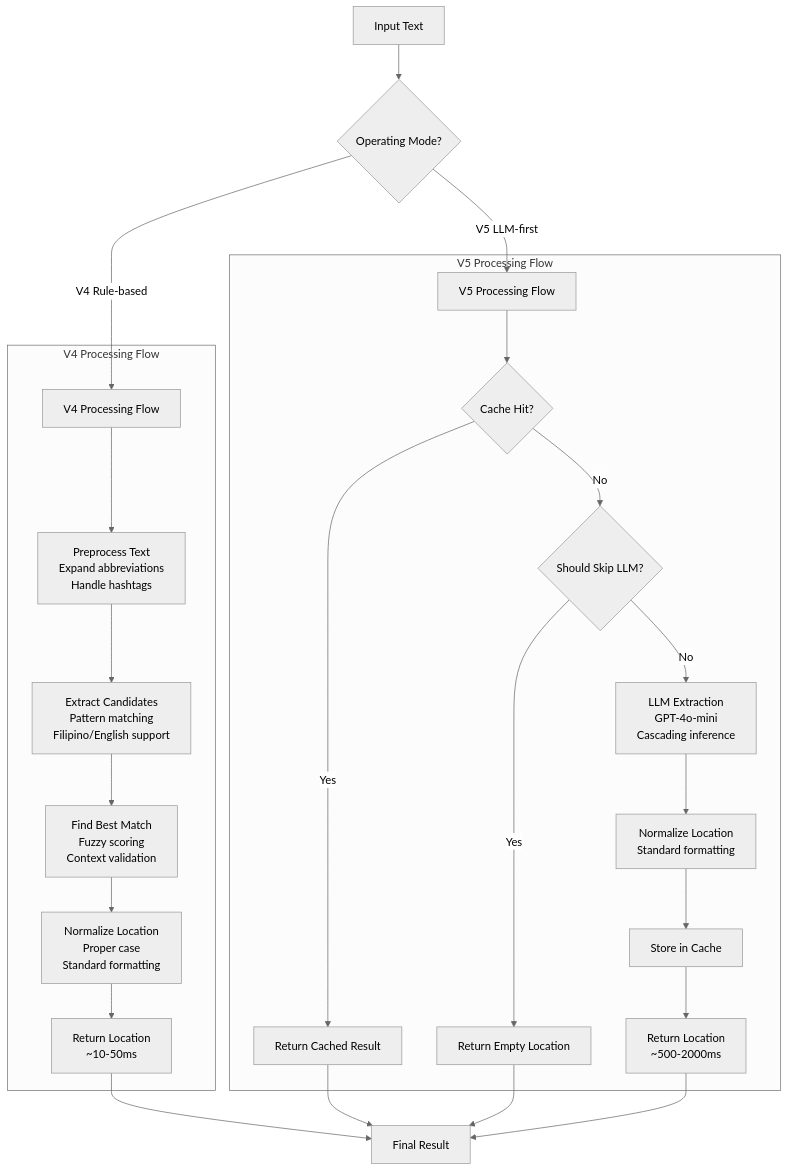
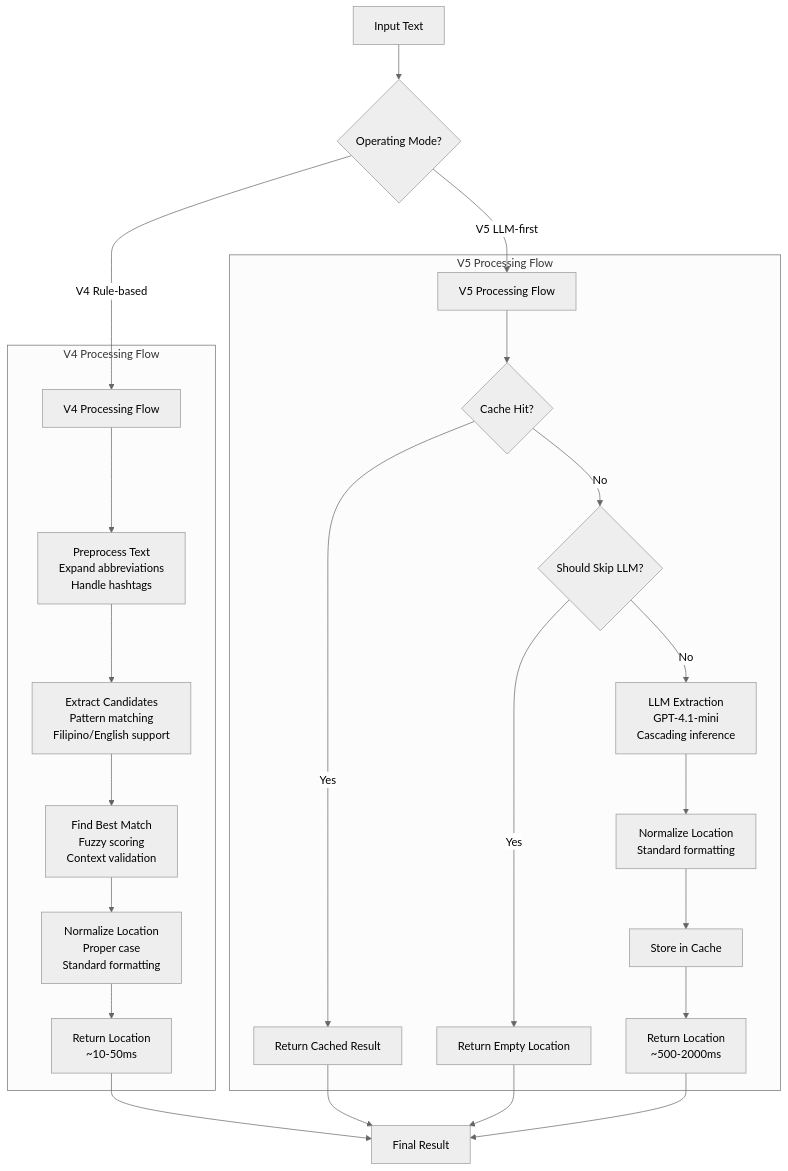
One commit to ericxyz86/philippine-location-parser changed the second of 9 diagrams in ARCHITECTURAL_DIAGRAMS.md. Above: the diagram before and after it, drawn with Mermaid (neutral theme). The commit also changed other lines of this file and 17 other files, not shown here.

First line of the commit message:
feat: upgrade to gpt-4.1-mini + fix proxy timeout for all paths

````diff
--- a/ARCHITECTURAL_DIAGRAMS.md
+++ b/ARCHITECTURAL_DIAGRAMS.md
@@ -72,31 +72,31 @@
 ```mermaid
 flowchart TD
     START[Input Text] --> MODE_CHECK{Operating Mode?}
     
     MODE_CHECK -->|V4 Rule-based| V4_FLOW[V4 Processing Flow]
     MODE_CHECK -->|V5 LLM-first| V5_FLOW[V5 Processing Flow]
     
     subgraph "V4 Processing Flow"
         V4_FLOW --> V4_PREPROCESS[Preprocess Text<br/>Expand abbreviations<br/>Handle hashtags]
         V4_PREPROCESS --> V4_EXTRACT[Extract Candidates<br/>Pattern matching<br/>Filipino/English support]
         V4_EXTRACT --> V4_MATCH[Find Best Match<br/>Fuzzy scoring<br/>Context validation]
         V4_MATCH --> V4_NORMALIZE[Normalize Location<br/>Proper case<br/>Standard formatting]
         V4_NORMALIZE --> V4_RESULT[Return Location<br/>~10-50ms]
     end
     
     subgraph "V5 Processing Flow"
         V5_FLOW --> V5_CACHE_CHECK{Cache Hit?}
         V5_CACHE_CHECK -->|Yes| V5_CACHE_RETURN[Return Cached Result]
         V5_CACHE_CHECK -->|No| V5_PREFILTER{Should Skip LLM?}
         V5_PREFILTER -->|Yes| V5_EMPTY[Return Empty Location]
-        V5_PREFILTER -->|No| V5_LLM[LLM Extraction<br/>GPT-4o-mini<br/>Cascading inference]
+        V5_PREFILTER -->|No| V5_LLM[LLM Extraction<br/>GPT-4.1-mini<br/>Cascading inference]
         V5_LLM --> V5_NORMALIZE[Normalize Location<br/>Standard formatting]
         V5_NORMALIZE --> V5_CACHE_STORE[Store in Cache]
         V5_CACHE_STORE --> V5_RESULT[Return Location<br/>~500-2000ms]
     end
     
     V4_RESULT --> END[Final Result]
     V5_CACHE_RETURN --> END
     V5_EMPTY --> END
     V5_RESULT --> END
 ```
````
